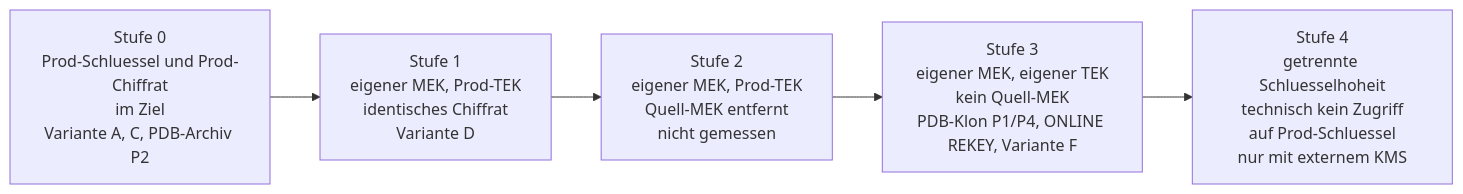
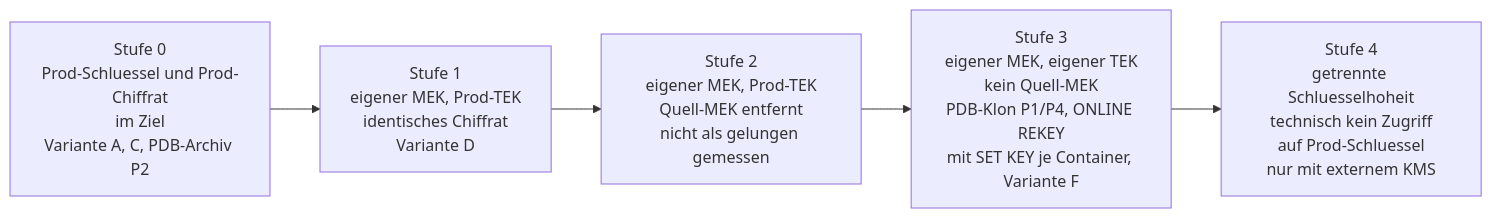
One commit to oehrlis/oracle-free-labs changed the diagram in doc/tde-clone-independence.md. Above: the diagram before and after it, drawn with Mermaid. The commit also changed other lines of this file and 3 other files, not shown here.

````diff
--- a/doc/tde-clone-independence.md
+++ b/doc/tde-clone-independence.md
@@ -34,12 +43,12 @@
 ```mermaid
 flowchart LR
     S0["Stufe 0\nProd-Schluessel und Prod-Chiffrat\nim Ziel\nVariante A, C, PDB-Archiv P2"]
     S1["Stufe 1\neigener MEK, Prod-TEK\nidentisches Chiffrat\nVariante D"]
-    S2["Stufe 2\neigener MEK, Prod-TEK\nQuell-MEK entfernt\nnicht gemessen"]
-    S3["Stufe 3\neigener MEK, eigener TEK\nkein Quell-MEK\nPDB-Klon P1/P4, ONLINE REKEY, Variante F"]
+    S2["Stufe 2\neigener MEK, Prod-TEK\nQuell-MEK entfernt\nnicht als gelungen gemessen"]
+    S3["Stufe 3\neigener MEK, eigener TEK\nkein Quell-MEK\nPDB-Klon P1/P4, ONLINE REKEY\nmit SET KEY je Container, Variante F"]
     S4["Stufe 4\ngetrennte Schluesselhoheit\ntechnisch kein Zugriff\nauf Prod-Schluessel\nnur mit externem KMS"]
     S0 --> S1
     S1 --> S2
     S2 --> S3
     S3 --> S4
 ```
````
